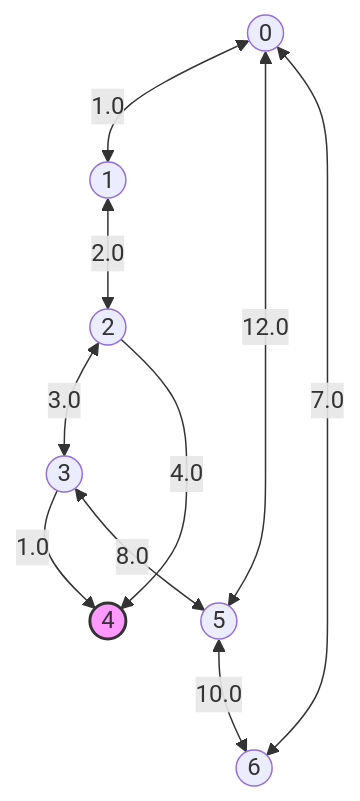
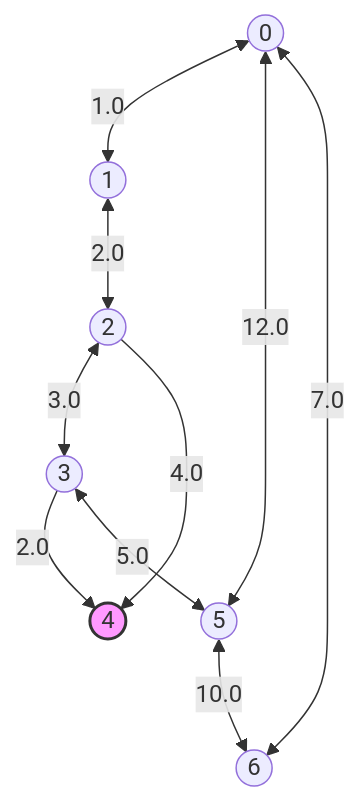
Before and after one commit to QuentinDEME97/Mapigator: the diagram in documentation.md, drawn with Mermaid. The commit also changed 2 other files, not shown here.

Commit message:
Floyd wharshall par

````diff
--- a/documentation.md
+++ b/documentation.md
@@ -1,29 +1,29 @@
 ```mermaid
 graph TD
     %% Node Styling
     0((0))
     1((1))
     2((2))
     3((3))
     4((4))
     5((5))
     6((6))
 
     %% Connections based on the Matrix
     0 <-->|1.0| 1
     0 <-->|12.0| 5
     0 <-->|7.0| 6
 
     1 <-->|2.0| 2
 
     2 <-->|3.0| 3
     2 -->|4.0| 4
 
-    3 -->|1.0| 4
-    3 <-->|8.0| 5
+    3 -->|2.0| 4
+    3 <-->|5.0| 5
 
     5 <-->|10.0| 6
 
     %% Highlight Node 4 as a Sink
     style 4 fill:#f9f,stroke:#333,stroke-width:2px
 ```
````
